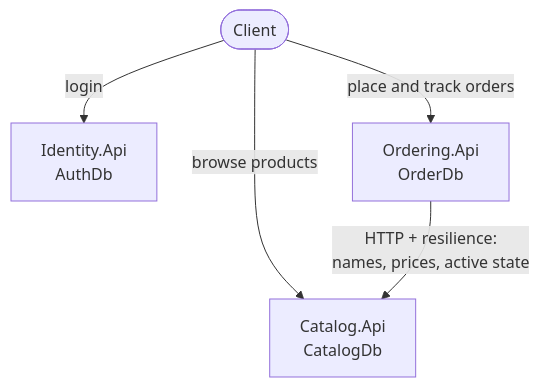
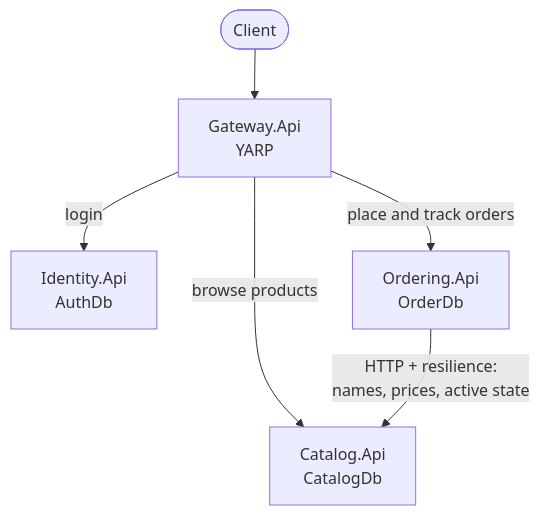
Before and after one commit to gurungsh/shopshop: the first of 8 diagrams in docs/architecture.md, drawn with Mermaid. The commit also changed other lines of this file and 23 other files, not shown here.

Commit message:
Add yarp api gateway

````diff
--- a/docs/architecture.md
+++ b/docs/architecture.md
@@ -85,12 +89,14 @@
 ```mermaid
 flowchart TB
     client([Client])
+    gateway["Gateway.Api<br/>YARP"]
     identity["Identity.Api<br/>AuthDb"]
     catalog["Catalog.Api<br/>CatalogDb"]
     ordering["Ordering.Api<br/>OrderDb"]
 
-    client -- "login" --> identity
-    client -- "browse products" --> catalog
-    client -- "place and track orders" --> ordering
+    client --> gateway
+    gateway -- "login" --> identity
+    gateway -- "browse products" --> catalog
+    gateway -- "place and track orders" --> ordering
     ordering -- "HTTP + resilience:<br/>names, prices, active state" --> catalog
 ```
````
